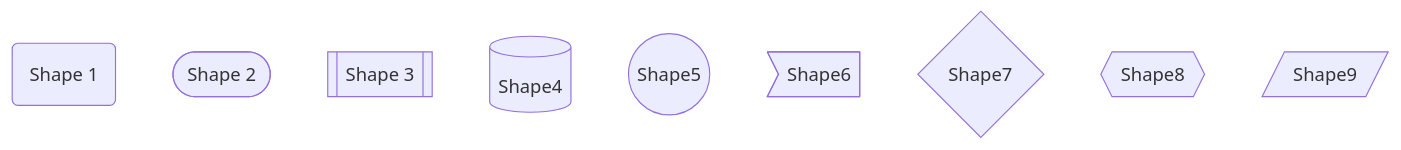
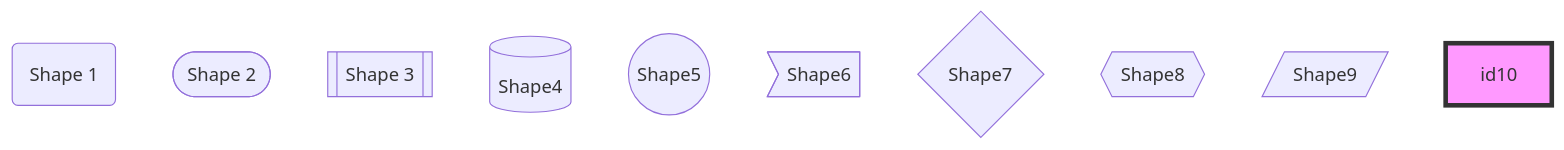
The diagram in mychart_shapes.md (Stelios123/asd), drawn with Mermaid before and after one commit.

````diff
--- a/mychart_shapes.md
+++ b/mychart_shapes.md
@@ -1,12 +1,14 @@
 ```mermaid
 flowchart TB
  id1(Shape 1)
  id2([Shape 2])
  id3[[Shape 3]]
  id4[(Shape4)]
  id5((Shape5))
  id6>Shape6]
  id7{Shape7}
  id8{{Shape8}}
  id9[/Shape9/]
+ id10
+ style id10 fill:#f9f,stroke:#333,stroke-width:4px
 ```
````
